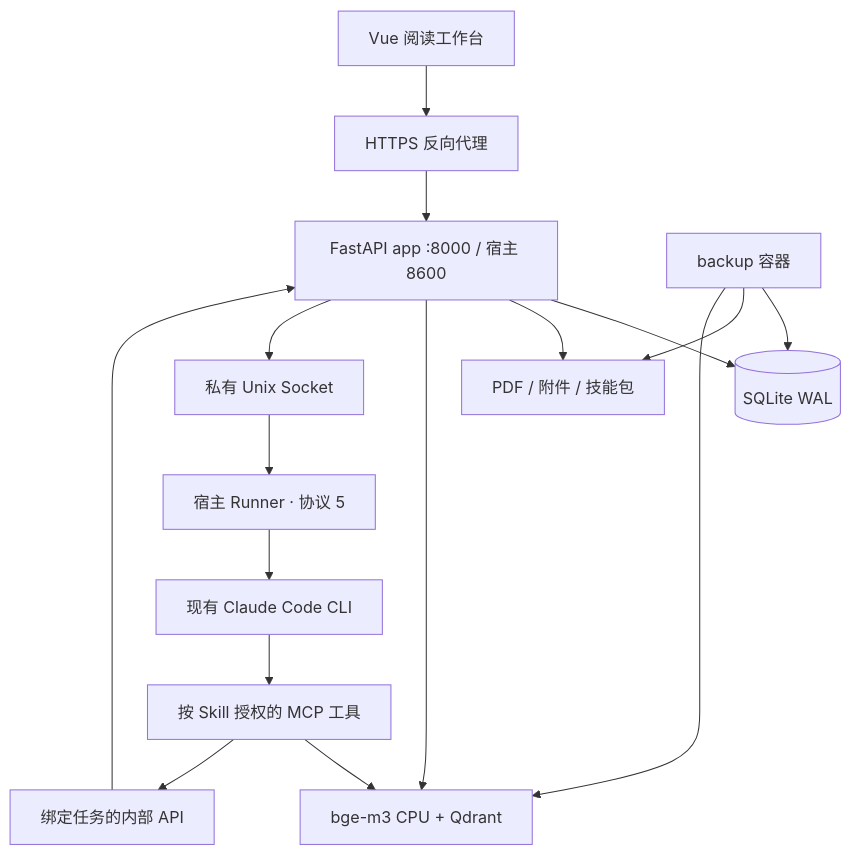
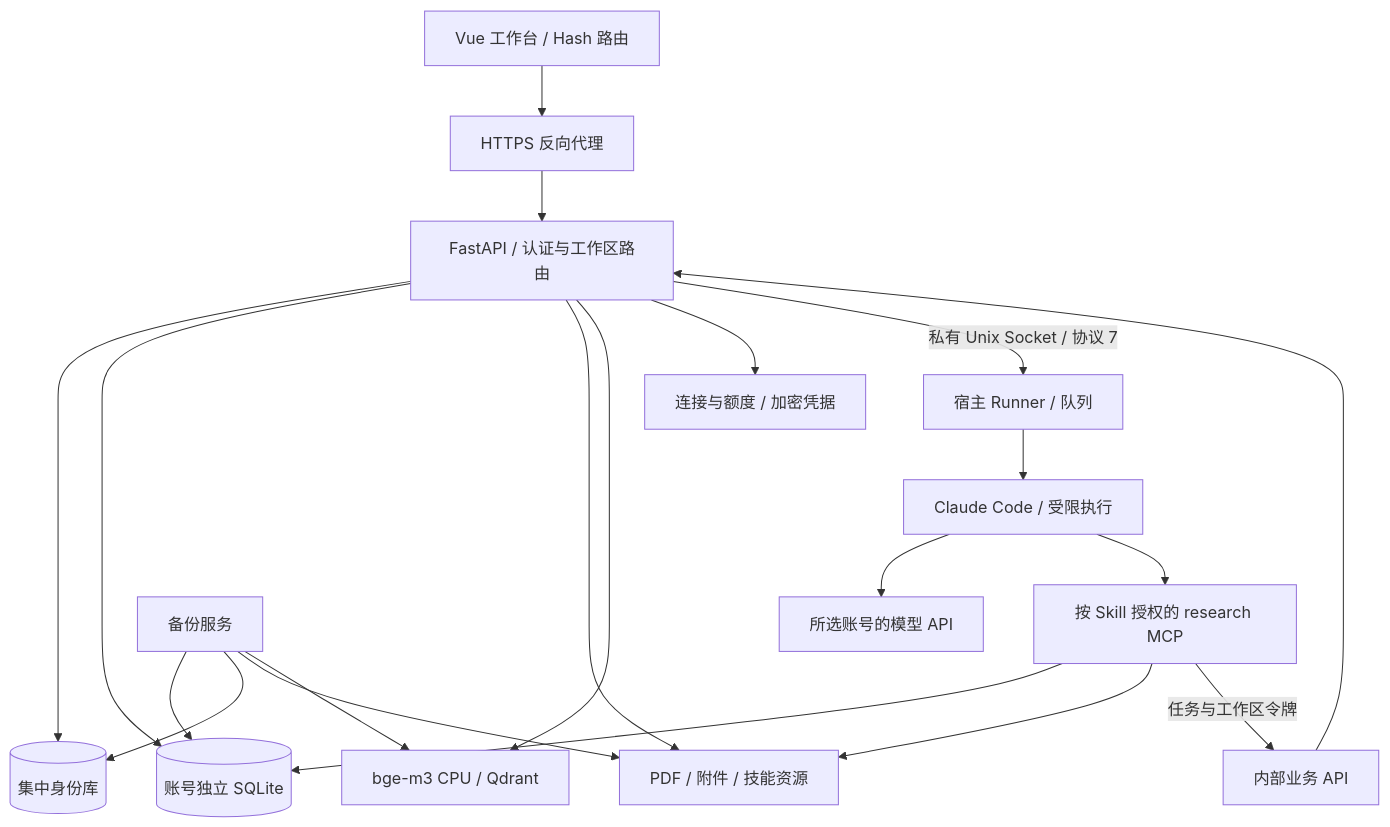
Before and after one commit to FallrainKing/Firework: the first of 2 diagrams in docs/架构.md, drawn with Mermaid. The commit also changed other lines of this file and 18 other files, not shown here.

Commit message:
docs: consolidate current architecture, usage and maintained references

````diff
--- a/docs/架构.md
+++ b/docs/架构.md
@@ -9,18 +18,22 @@
 ```mermaid
 flowchart TD
-    Browser[Vue 阅读工作台] --> Access[HTTPS 反向代理]
-    Access --> App[FastAPI app :8000 / 宿主 8600]
-    App --> DB[(SQLite WAL)]
-    App --> Files[PDF / 附件 / 技能包]
-    App --> Retrieval[bge-m3 CPU + Qdrant]
-    App --> Socket[私有 Unix Socket]
-    Socket --> Runner[宿主 Runner · 协议 5]
-    Runner --> CLI[现有 Claude Code CLI]
-    CLI --> Tools[按 Skill 授权的 MCP 工具]
-    Tools --> Retrieval
-    Tools --> Internal[绑定任务的内部 API]
-    Internal --> App
-    Backup[backup 容器] --> DB
+    Browser[Vue 工作台 / Hash 路由] --> HTTPS[HTTPS 反向代理]
+    HTTPS --> API[FastAPI / 认证与工作区路由]
+    API --> Identity[(集中身份库)]
+    API --> DB[(账号独立 SQLite)]
+    API --> Files[PDF / 附件 / 技能资源]
+    API --> RAG[bge-m3 CPU / Qdrant]
+    API --> Config[连接与额度 / 加密凭据]
+    API -->|私有 Unix Socket / 协议 7| Runner[宿主 Runner / 队列]
+    Runner --> CLI[Claude Code / 受限执行]
+    CLI --> Provider[所选账号的模型 API]
+    CLI --> MCP[按 Skill 授权的 research MCP]
+    MCP --> DB
+    MCP --> Files
+    MCP -->|任务与工作区令牌| Internal[内部业务 API]
+    Internal --> API
+    Backup[备份服务] --> DB
+    Backup --> Identity
     Backup --> Files
-    Backup --> Retrieval
+    Backup --> RAG
 ```
````
